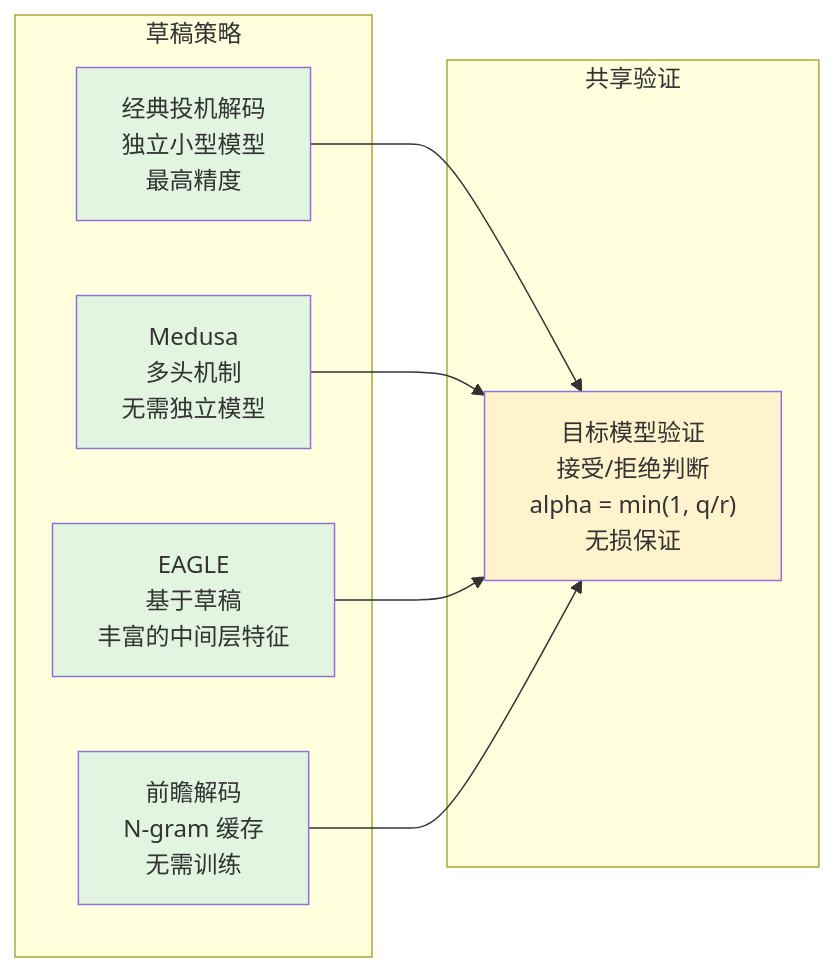
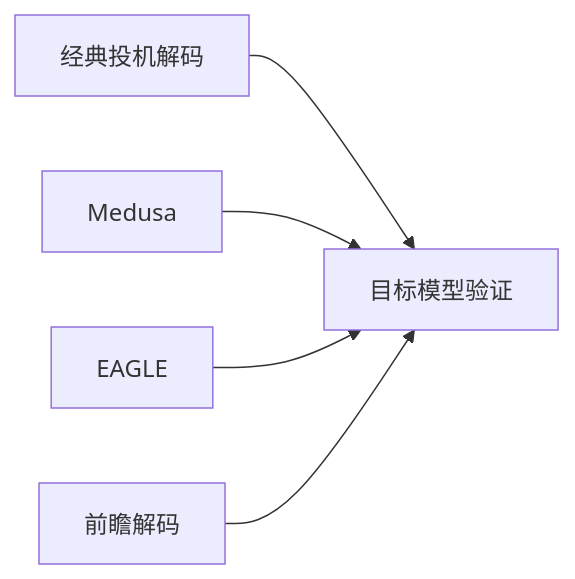
One commit to Playitcooool/advanced-ai-daily changed the second of 2 diagrams in tutorials/zh/03-speculative-decoding.md. Above: the diagram before and after it, drawn with Mermaid. The commit also changed other lines of this file and 1 other file, not shown here.

First line of the commit message:
fix: simplify Mermaid diagrams to resolve parse errors

````diff
--- a/tutorials/zh/03-speculative-decoding.md
+++ b/tutorials/zh/03-speculative-decoding.md
@@ -383,24 +389,8 @@
 ```mermaid
 flowchart LR
-    subgraph 草稿策略
-        A["经典投机解码\n独立小型模型\n最高精度"]
-        B["Medusa\n多头机制\n无需独立模型"]
-        C["EAGLE\n基于草稿\n丰富的中间层特征"]
-        D["前瞻解码\nN-gram 缓存\n无需训练"]
-    end
-
-    subgraph 共享验证
-        V["目标模型验证\n接受/拒绝判断\nalpha = min(1, q/r)\n无损保证"]
-    end
-
-    A --> V
-    B --> V
-    C --> V
-    D --> V
-
-    style A fill:#e1f5e1
-    style B fill:#e1f5e1
-    style C fill:#e1f5e1
-    style D fill:#e1f5e1
-    style V fill:#fff3cd
+    A[经典投机解码] --> V
+    B[Medusa] --> V
+    C[EAGLE] --> V
+    D[前瞻解码] --> V
+    V["目标模型验证"]
 ```
````
